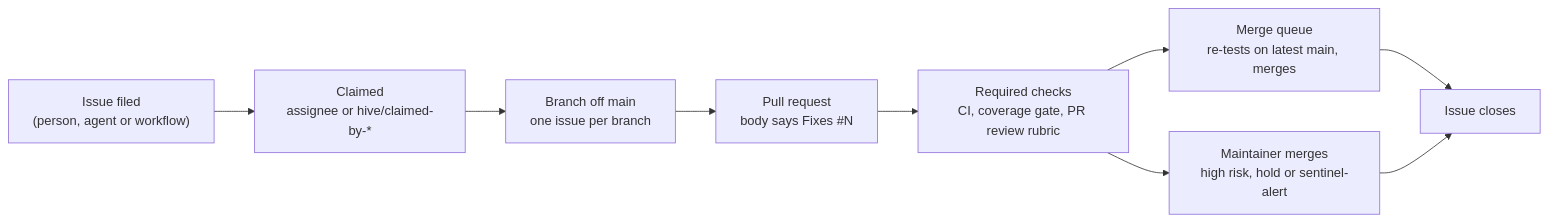
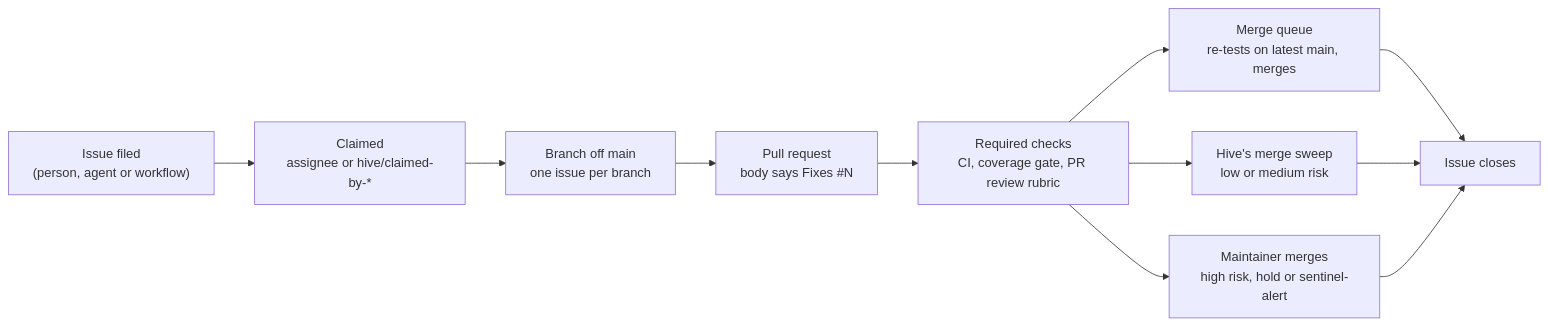
One commit to Tim-van-Oudheusden/website changed the diagram in docs/multi-agent.md. Above: the diagram before and after it, drawn with Mermaid. The commit also changed other lines of this file and 10 other files, not shown here.

First line of the commit message:
docs(agents): say when Hive may merge (#1155)

````diff
--- a/docs/multi-agent.md
+++ b/docs/multi-agent.md
@@ -29,11 +29,13 @@
 ```mermaid
 flowchart LR
     file["Issue filed<br/>(person, agent or workflow)"] --> claim["Claimed<br/>assignee or hive/claimed-by-*"]
     claim --> branch["Branch off main<br/>one issue per branch"]
     branch --> pr["Pull request<br/>body says Fixes #N"]
     pr --> checks["Required checks<br/>CI, coverage gate, PR review rubric"]
     checks --> queue["Merge queue<br/>re-tests on latest main, merges"]
+    checks --> sweep["Hive's merge sweep<br/>low or medium risk"]
     checks --> manual["Maintainer merges<br/>high risk, hold or sentinel-alert"]
     queue --> close["Issue closes"]
+    sweep --> close
     manual --> close
 ```
````
